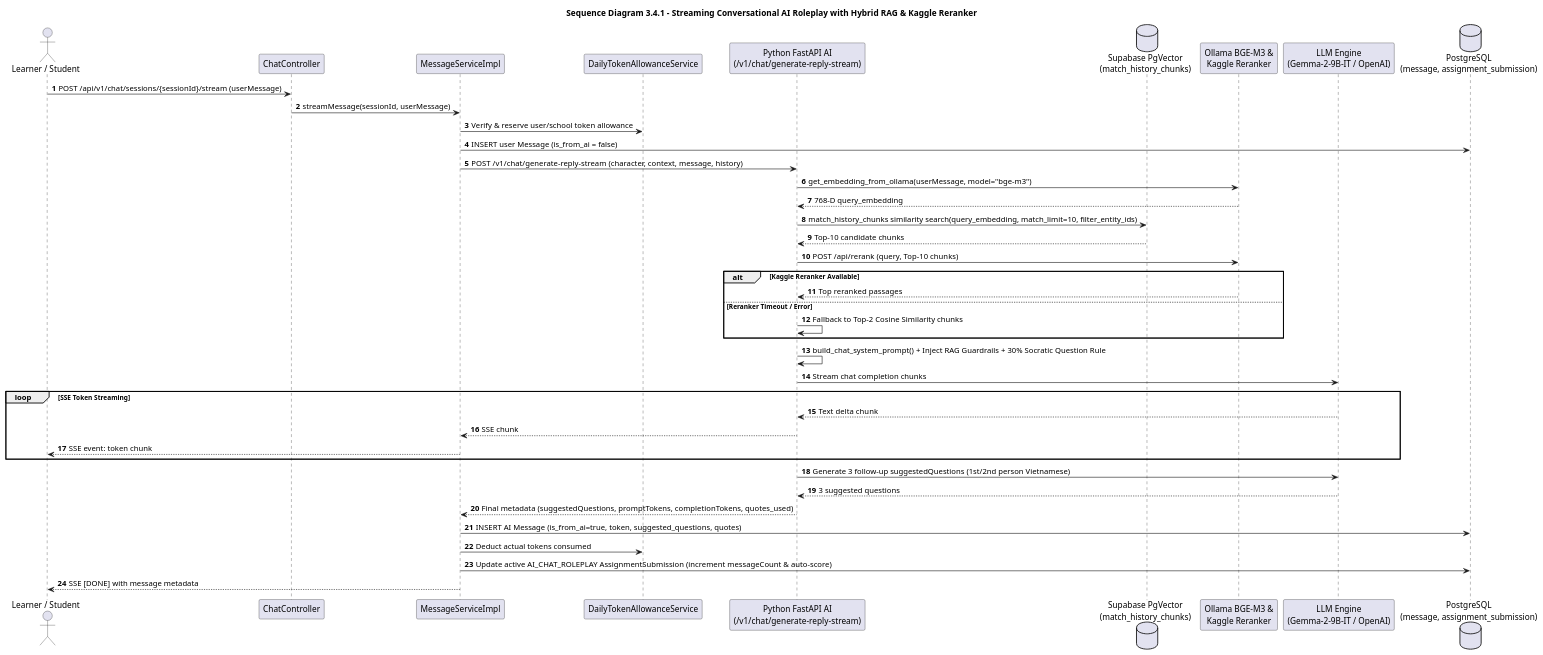
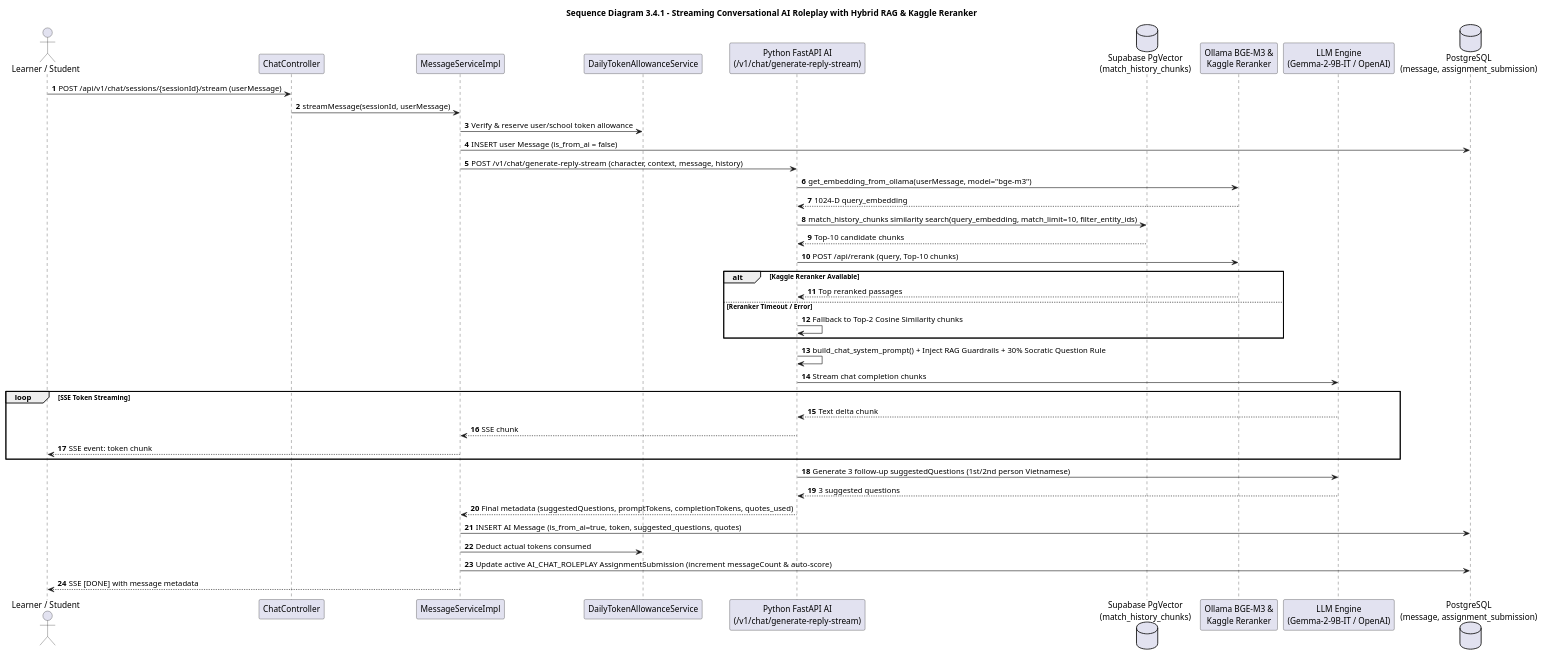
Before and after one commit to DinhTQSE/Capstone_FinalProject_HistoryTalk: the diagram in docs/report4_sdd/uml/seq_07_ai_roleplay_chat_rag.puml, drawn with PlantUML. The commit also changed 16 other files, not shown here.

```diff
--- a/docs/report4_sdd/uml/seq_07_ai_roleplay_chat_rag.puml
+++ b/docs/report4_sdd/uml/seq_07_ai_roleplay_chat_rag.puml
@@ -1,51 +1,51 @@
 @startuml
 scale max 2800 width
 skinparam defaultFontName "Times New Roman"
 skinparam shadowing false
 autonumber
 
 title Sequence Diagram 3.4.1 - Streaming Conversational AI Roleplay with Hybrid RAG & Kaggle Reranker
 
 actor "Learner / Student" as User
 participant "ChatController" as Ctrl
 participant "MessageServiceImpl" as MsgSvc
 participant "DailyTokenAllowanceService" as QuotaSvc
 participant "Python FastAPI AI\n(/v1/chat/generate-reply-stream)" as FastAPI
 database "Supabase PgVector\n(match_history_chunks)" as VecDB
 participant "Ollama BGE-M3 &\nKaggle Reranker" as Rerank
 participant "LLM Engine\n(Gemma-2-9B-IT / OpenAI)" as LLM
 database "PostgreSQL\n(message, assignment_submission)" as DB
 
 User -> Ctrl : POST /api/v1/chat/sessions/{sessionId}/stream (userMessage)
 Ctrl -> MsgSvc : streamMessage(sessionId, userMessage)
 MsgSvc -> QuotaSvc : Verify & reserve user/school token allowance
 MsgSvc -> DB : INSERT user Message (is_from_ai = false)
 MsgSvc -> FastAPI : POST /v1/chat/generate-reply-stream (character, context, message, history)
 
 FastAPI -> Rerank : get_embedding_from_ollama(userMessage, model="bge-m3")
-Rerank --> FastAPI : 768-D query_embedding
+Rerank --> FastAPI : 1024-D query_embedding
 FastAPI -> VecDB : match_history_chunks similarity search(query_embedding, match_limit=10, filter_entity_ids)
 VecDB --> FastAPI : Top-10 candidate chunks
 FastAPI -> Rerank : POST /api/rerank (query, Top-10 chunks)
 alt Kaggle Reranker Available
     Rerank --> FastAPI : Top reranked passages
 else Reranker Timeout / Error
     FastAPI -> FastAPI : Fallback to Top-2 Cosine Similarity chunks
 end
 
 FastAPI -> FastAPI : build_chat_system_prompt() + Inject RAG Guardrails + 30% Socratic Question Rule
 FastAPI -> LLM : Stream chat completion chunks
 loop SSE Token Streaming
     LLM --> FastAPI : Text delta chunk
     FastAPI --> MsgSvc : SSE chunk
     MsgSvc --> User : SSE event: token chunk
 end
 FastAPI -> LLM : Generate 3 follow-up suggestedQuestions (1st/2nd person Vietnamese)
 LLM --> FastAPI : 3 suggested questions
 FastAPI --> MsgSvc : Final metadata (suggestedQuestions, promptTokens, completionTokens, quotes_used)
 
 MsgSvc -> DB : INSERT AI Message (is_from_ai=true, token, suggested_questions, quotes)
 MsgSvc -> QuotaSvc : Deduct actual tokens consumed
 MsgSvc -> DB : Update active AI_CHAT_ROLEPLAY AssignmentSubmission (increment messageCount & auto-score)
 MsgSvc --> User : SSE [DONE] with message metadata
 @enduml
```
